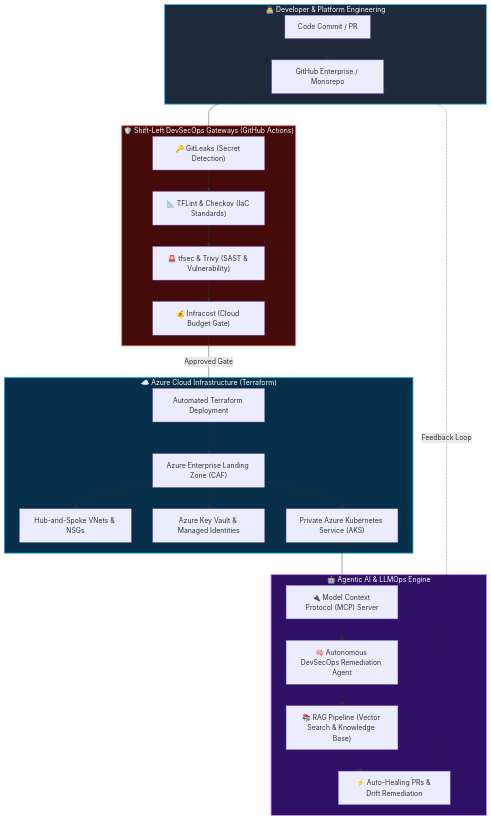
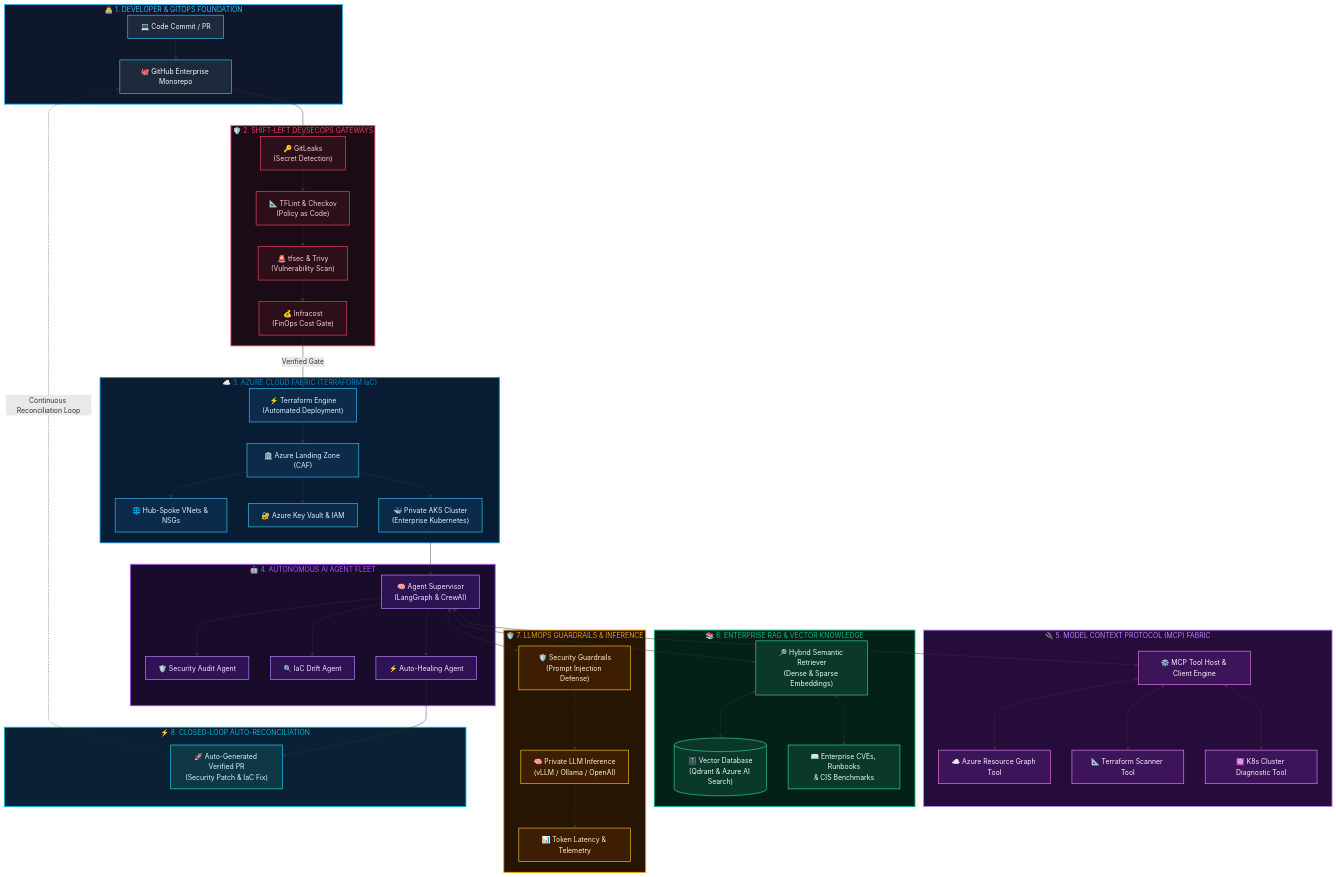
One commit to Narendra232/Narendra232 changed the diagram in README.md. Above: the diagram before and after it, drawn with Mermaid.

Commit message:
feat(architecture): add specialized AI subsystem boxes and high-contrast styling to architecture diagram

````diff
--- a/README.md
+++ b/README.md
@@ -77,39 +77,105 @@
 ```mermaid
-flowchart TD
-    subgraph DEV_WORKFLOW["👨‍💻 Developer & Platform Engineering"]
-        CODE["Code Commit / PR"] --> GITHUB["GitHub Enterprise / Monorepo"]
+flowchart TB
+    %% ===================================================
+    %% 1. DEVELOPER WORKFLOW
+    %% ===================================================
+    subgraph DEV_BOX["👨‍💻 1. DEVELOPER & GITOPS FOUNDATION"]
+        style DEV_BOX fill:#0f172a,stroke:#38bdf8,stroke-width:2px,color:#38bdf8
+        CODE["💻 Code Commit / PR"] --> GITHUB["🐙 GitHub Enterprise Monorepo"]
     end
 
-    subgraph DEVSECOPS_PIPELINE["🛡️ Shift-Left DevSecOps Gateways (GitHub Actions)"]
-        GITHUB --> SCAN_SECRETS["🔑 GitLeaks (Secret Detection)"]
-        SCAN_SECRETS --> LINT_IAC["📐 TFLint & Checkov (IaC Standards)"]
-        LINT_IAC --> SCAN_VULN["🚨 tfsec & Trivy (SAST & Vulnerability)"]
-        SCAN_VULN --> FINOPS["💰 Infracost (Cloud Budget Gate)"]
+    %% ===================================================
+    %% 2. SHIFT-LEFT DEVSECOPS GATEWAYS
+    %% ===================================================
+    subgraph SEC_BOX["🛡️ 2. SHIFT-LEFT DEVSECOPS GATEWAYS"]
+        style SEC_BOX fill:#1a0c16,stroke:#f43f5e,stroke-width:2px,color:#f43f5e
+        GITHUB --> SCAN_SECRETS["🔑 GitLeaks<br/>(Secret Detection)"]
+        SCAN_SECRETS --> LINT_IAC["📐 TFLint & Checkov<br/>(Policy as Code)"]
+        LINT_IAC --> SCAN_VULN["🚨 tfsec & Trivy<br/>(Vulnerability Scan)"]
+        SCAN_VULN --> FINOPS["💰 Infracost<br/>(FinOps Cost Gate)"]
     end
 
-    subgraph CLOUD_FABRIC["☁️ Azure Cloud Infrastructure (Terraform)"]
-        FINOPS -->|Approved Gate| TF_APPLY["Automated Terraform Deployment"]
-        TF_APPLY --> LZ["Azure Enterprise Landing Zone (CAF)"]
-        LZ --> NET["Hub-and-Spoke VNets & NSGs"]
-        LZ --> SEC["Azure Key Vault & Managed Identities"]
-        LZ --> K8S["Private Azure Kubernetes Service (AKS)"]
+    %% ===================================================
+    %% 3. CLOUD PLATFORM INFRASTRUCTURE
+    %% ===================================================
+    subgraph CLOUD_BOX["☁️ 3. AZURE CLOUD FABRIC (TERRAFORM IaC)"]
+        style CLOUD_BOX fill:#081d34,stroke:#0284c7,stroke-width:2px,color:#0284c7
+        FINOPS -->|Verified Gate| TF_ENGINE["⚡ Terraform Engine<br/>(Automated Deployment)"]
+        TF_ENGINE --> LZ["🏛️ Azure Landing Zone (CAF)"]
+        LZ --> NET["🌐 Hub-Spoke VNets & NSGs"]
+        LZ --> VAULT["🔐 Azure Key Vault & IAM"]
+        LZ --> AKS["🐳 Private AKS Cluster<br/>(Enterprise Kubernetes)"]
     end
 
-    subgraph AI_LLMOPS["🤖 Agentic AI & LLMOps Engine"]
-        K8S --> MCP_SRV["🔌 Model Context Protocol (MCP) Server"]
-        MCP_SRV --> AGENT["🧠 Autonomous DevSecOps Remediation Agent"]
-        AGENT --> RAG["📚 RAG Pipeline (Vector Search & Knowledge Base)"]
-        RAG --> AUTO_FIX["⚡ Auto-Healing PRs & Drift Remediation"]
-        AUTO_FIX -.->|Feedback Loop| GITHUB
+    %% ===================================================
+    %% 4. AUTONOMOUS AI AGENTS FLEET
+    %% ===================================================
+    subgraph AI_AGENTS_BOX["🤖 4. AUTONOMOUS AI AGENT FLEET"]
+        style AI_AGENTS_BOX fill:#180b2c,stroke:#a855f7,stroke-width:2px,color:#a855f7
+        AKS --> AGENT_SUPERVISOR["🧠 Agent Supervisor<br/>(LangGraph & CrewAI)"]
+        AGENT_SUPERVISOR --> AGENT_SEC["🛡️ Security Audit Agent"]
+        AGENT_SUPERVISOR --> AGENT_DRIFT["🔍 IaC Drift Agent"]
+        AGENT_SUPERVISOR --> AGENT_HEAL["⚡ Auto-Healing Agent"]
     end
 
-    classDef dev fill:#1e293b,stroke:#38bdf8,stroke-width:2px,color:#fff;
-    classDef sec fill:#450a0a,stroke:#f87171,stroke-width:2px,color:#fff;
-    classDef cloud fill:#082f49,stroke:#0ea5e9,stroke-width:2px,color:#fff;
-    classDef ai fill:#2e1065,stroke:#c084fc,stroke-width:2px,color:#fff;
+    %% ===================================================
+    %% 5. MODEL CONTEXT PROTOCOL (MCP) FABRIC
+    %% ===================================================
+    subgraph AI_MCP_BOX["🔌 5. MODEL CONTEXT PROTOCOL (MCP) FABRIC"]
+        style AI_MCP_BOX fill:#260c3b,stroke:#c084fc,stroke-width:2px,color:#c084fc
+        AGENT_SUPERVISOR <--> MCP_CORE["⚙️ MCP Tool Host & Client Engine"]
+        MCP_CORE <--> MCP_TOOL_AZ["☁️ Azure Resource Graph Tool"]
+        MCP_CORE <--> MCP_TOOL_IAC["📐 Terraform Scanner Tool"]
+        MCP_CORE <--> MCP_TOOL_K8S["☸️ K8s Cluster Diagnostic Tool"]
+    end
 
-    class DEV_WORKFLOW dev;
-    class DEVSECOPS_PIPELINE sec;
-    class CLOUD_FABRIC cloud;
-    class AI_LLMOPS ai;
+    %% ===================================================
+    %% 6. ENTERPRISE RAG & VECTOR KNOWLEDGE
+    %% ===================================================
+    subgraph AI_RAG_BOX["📚 6. ENTERPRISE RAG & VECTOR KNOWLEDGE"]
+        style AI_RAG_BOX fill:#042118,stroke:#10b981,stroke-width:2px,color:#10b981
+        AGENT_SUPERVISOR <--> RAG_RETRIEVER["🔎 Hybrid Semantic Retriever<br/>(Dense & Sparse Embeddings)"]
+        RAG_RETRIEVER <--> VECTOR_DB[("🗄️ Vector Database<br/>(Qdrant & Azure AI Search)")]
+        RAG_RETRIEVER <--> KB_DOCS["📖 Enterprise CVEs, Runbooks<br/>& CIS Benchmarks"]
+    end
+
+    %% ===================================================
+    %% 7. LLMOPS GUARDRAILS & INFERENCE
+    %% ===================================================
+    subgraph AI_LLMOPS_BOX["🛡️ 7. LLMOPS GUARDRAILS & INFERENCE"]
+        style AI_LLMOPS_BOX fill:#261502,stroke:#f59e0b,stroke-width:2px,color:#f59e0b
+        AGENT_SUPERVISOR --> GUARD["🛡️ Security Guardrails<br/>(Prompt Injection Defense)"]
+        GUARD --> LLM_ENGINE["🧠 Private LLM Inference<br/>(vLLM / Ollama / OpenAI)"]
+        LLM_ENGINE --> TELEMETRY["📊 Token Latency & Telemetry"]
+    end
+
+    %% ===================================================
+    %% 8. CLOSED-LOOP CONTINUOUS FEEDBACK
+    %% ===================================================
+    subgraph FEEDBACK_BOX["⚡ 8. CLOSED-LOOP AUTO-RECONCILIATION"]
+        style FEEDBACK_BOX fill:#0a2034,stroke:#06b6d4,stroke-width:2px,color:#06b6d4
+        AGENT_HEAL --> AUTO_PR["🚀 Auto-Generated Verified PR<br/>(Security Patch & IaC Fix)"]
+        AUTO_PR -.->|Continuous Reconciliation Loop| GITHUB
+    end
+
+    %% ===================================================
+    %% NODE STYLES & CLASSES
+    %% ===================================================
+    classDef devNode fill:#1e293b,stroke:#38bdf8,stroke-width:1.5px,color:#f8fafc;
+    classDef secNode fill:#2d0f19,stroke:#f43f5e,stroke-width:1.5px,color:#fecdd3;
+    classDef cloudNode fill:#0c2a4a,stroke:#38bdf8,stroke-width:1.5px,color:#e0f2fe;
+    classDef aiNode fill:#2d1254,stroke:#c084fc,stroke-width:1.5px,color:#fae8ff;
+    classDef mcpNode fill:#3b145a,stroke:#e879f9,stroke-width:1.5px,color:#fdf4ff;
+    classDef ragNode fill:#0a3829,stroke:#34d399,stroke-width:1.5px,color:#ecfdf5;
+    classDef llmNode fill:#3d1e04,stroke:#fbbf24,stroke-width:1.5px,color:#fef3c7;
+    classDef loopNode fill:#0e3846,stroke:#22d3ee,stroke-width:1.5px,color:#cffafe;
+
+    class CODE,GITHUB devNode;
+    class SCAN_SECRETS,LINT_IAC,SCAN_VULN,FINOPS secNode;
+    class TF_ENGINE,LZ,NET,VAULT,AKS cloudNode;
+    class AGENT_SUPERVISOR,AGENT_SEC,AGENT_DRIFT,AGENT_HEAL aiNode;
+    class MCP_CORE,MCP_TOOL_AZ,MCP_TOOL_IAC,MCP_TOOL_K8S mcpNode;
+    class RAG_RETRIEVER,VECTOR_DB,KB_DOCS ragNode;
+    class GUARD,LLM_ENGINE,TELEMETRY llmNode;
+    class AUTO_PR loopNode;
 ```
````
